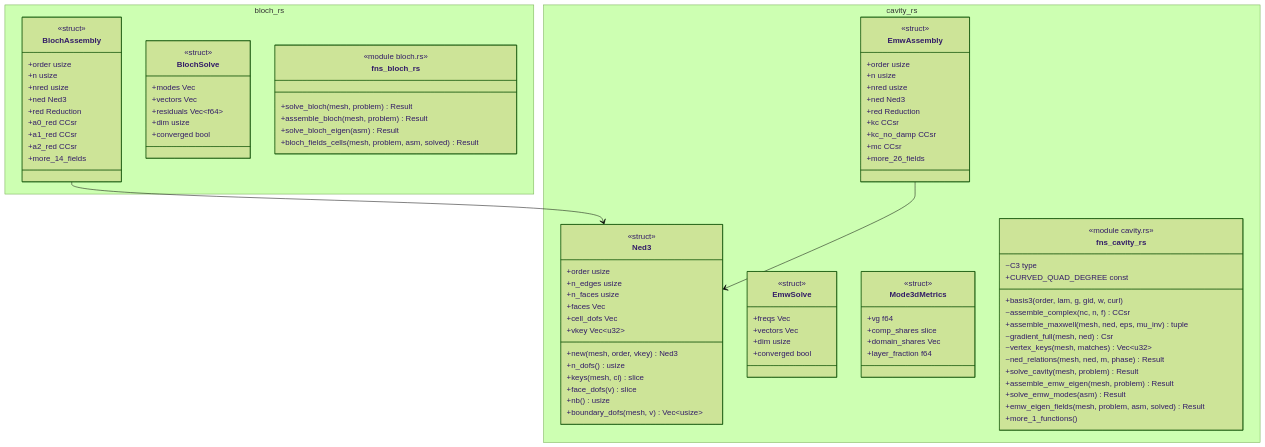
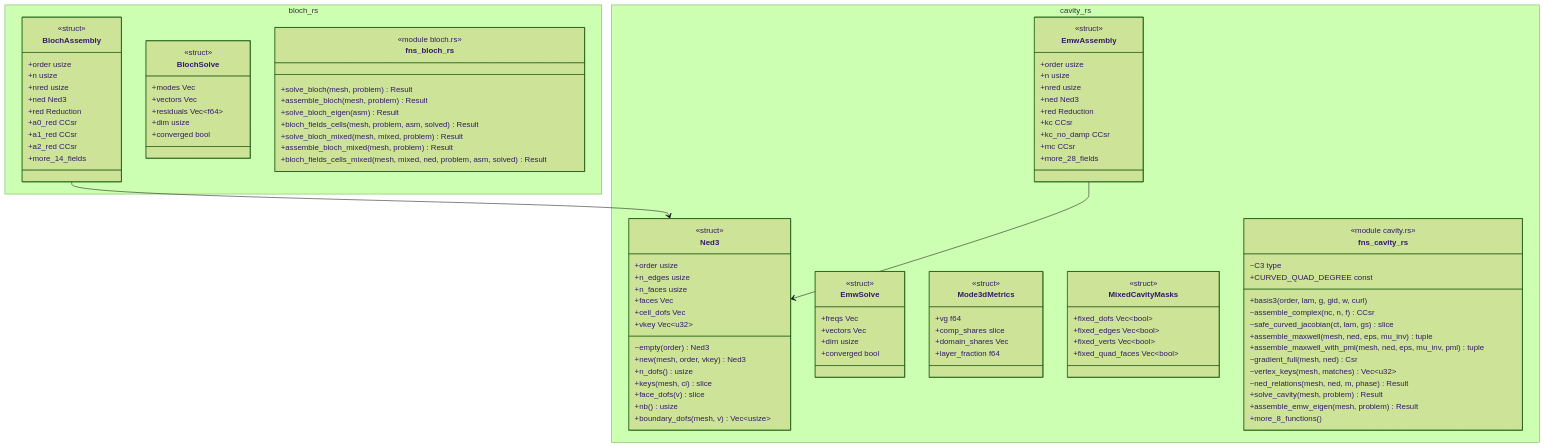
One commit to p-j-r/nyx changed the diagram in docs/architecture/c4/4-code/ems/cavity.md. Above: the diagram before and after it, drawn with Mermaid (forest theme). The commit also changed other lines of this file and 110 other files, not shown here.

```diff
--- a/docs/architecture/c4/4-code/ems/cavity.md
+++ b/docs/architecture/c4/4-code/ems/cavity.md
@@ -67,6 +69,9 @@
         +assemble_bloch(mesh, problem) Result
         +solve_bloch_eigen(asm) Result
         +bloch_fields_cells(mesh, problem, asm, solved) Result
+        +solve_bloch_mixed(mesh, mixed, problem) Result
+        +assemble_bloch_mixed(mesh, problem) Result
+        +bloch_fields_cells_mixed(mesh, mixed, ned, problem, asm, solved) Result
     }
   }
   namespace cavity_rs {
@@ -78,6 +83,7 @@
         +faces Vec
         +cell_dofs Vec
         +vkey Vec~u32~
+        ~empty(order) Ned3
         +new(mesh, order, vkey) Ned3
         +n_dofs() usize
         +keys(mesh, ci) slice
@@ -95,7 +101,7 @@
         +kc CCsr
         +kc_no_damp CCsr
         +mc CCsr
-        +more_26_fields
+        +more_28_fields
     }
     class EmwSolve {
         <<struct>>
@@ -111,19 +117,26 @@
         +domain_shares Vec
         +layer_fraction f64
     }
+    class MixedCavityMasks {
+        <<struct>>
+        +fixed_dofs Vec~bool~
+        +fixed_edges Vec~bool~
+        +fixed_verts Vec~bool~
+        +fixed_quad_faces Vec~bool~
+    }
     class fns_cavity_rs {
         <<module cavity.rs>>
         +basis3(order, lam, g, gid, w, curl)
         ~assemble_complex(nc, n, f) CCsr
+        ~safe_curved_jacobian(ct, lam, gs) slice
         +assemble_maxwell(mesh, ned, eps, mu_inv) tuple
+        +assemble_maxwell_with_pml(mesh, ned, eps, mu_inv, pml) tuple
         ~gradient_full(mesh, ned) Csr
         ~vertex_keys(mesh, matches) Vec~u32~
         ~ned_relations(mesh, ned, m, phase) Result
         +solve_cavity(mesh, problem) Result
         +assemble_emw_eigen(mesh, problem) Result
-        +solve_emw_modes(asm) Result
-        +emw_eigen_fields(mesh, problem, asm, solved) Result
-        +more_1_functions()
+        +more_8_functions()
         ~C3 type
         +CURVED_QUAD_DEGREE const
     }
```
